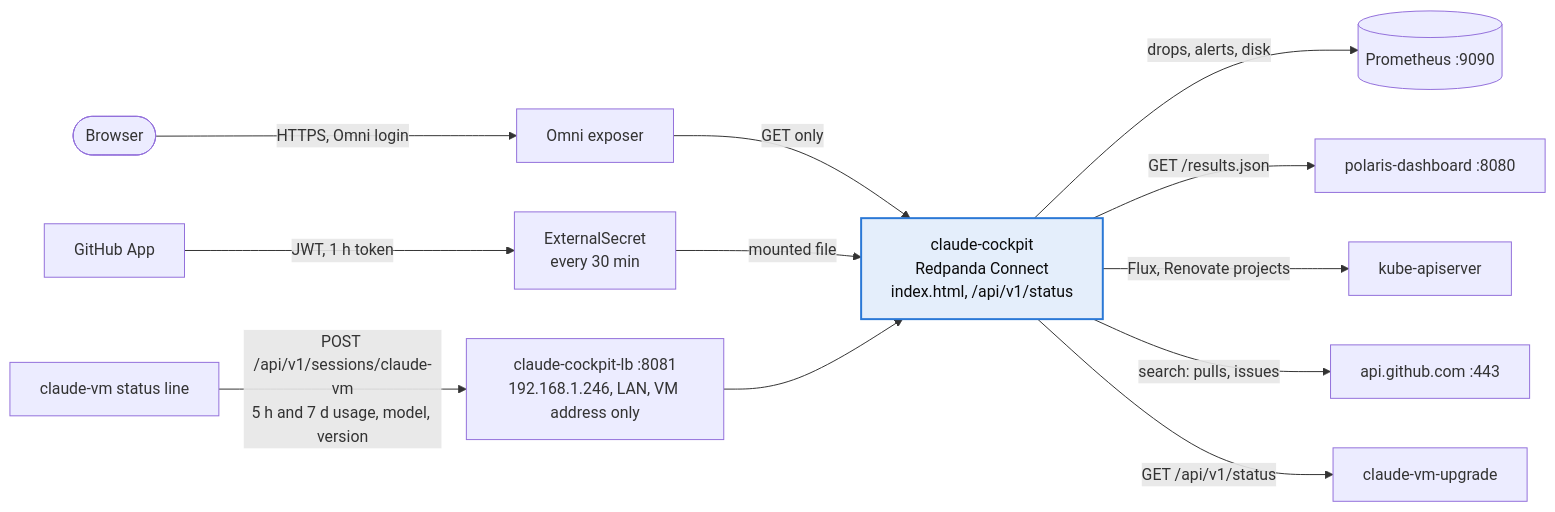
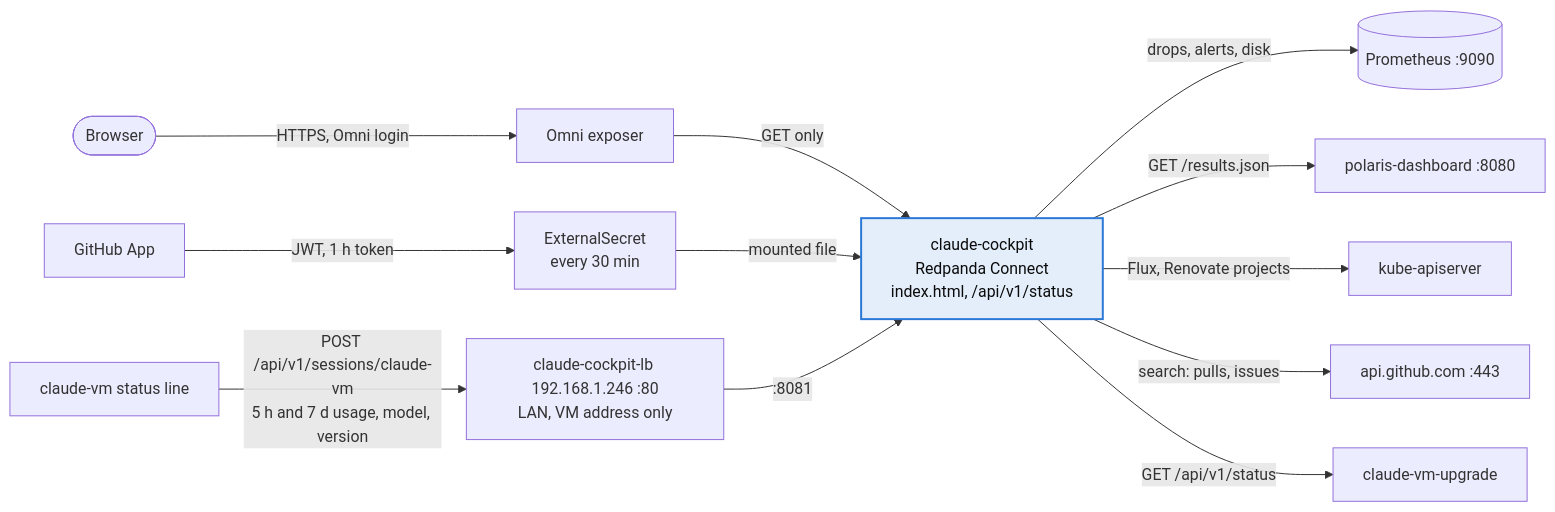
One commit to cthtrifork/talos-gitops changed the third of 3 diagrams in k8s/apps/claude-system/README.md. Above: the diagram before and after it, drawn with Mermaid.

Commit message:
docs(claude-system): show the load balancer port in the cockpit diagram

````diff
--- a/k8s/apps/claude-system/README.md
+++ b/k8s/apps/claude-system/README.md
@@ -361,20 +361,20 @@
 ```mermaid
 flowchart LR
   you([Browser]) -->|HTTPS, Omni login| omni[Omni exposer]
   omni -->|GET only| cockpit["claude-cockpit<br/>Redpanda Connect<br/>index.html, /api/v1/status"]
 
   cockpit -->|"drops, alerts, disk"| prom[(Prometheus :9090)]
   cockpit -->|"GET /results.json"| polaris[polaris-dashboard :8080]
   cockpit -->|"Flux, Renovate projects"| api[kube-apiserver]
   cockpit -->|"search: pulls, issues"| gh[api.github.com :443]
 
   app[GitHub App] -->|"JWT, 1 h token"| es[ExternalSecret<br/>every 30 min]
   es -->|"mounted file"| cockpit
 
   cockpit -->|"GET /api/v1/status"| vmup[claude-vm-upgrade]
-  vm[claude-vm status line] -->|"POST /api/v1/sessions/claude-vm<br/>5 h and 7 d usage, model, version"| lb["claude-cockpit-lb :8081<br/>192.168.1.246, LAN, VM address only"]
-  lb --> cockpit
+  vm[claude-vm status line] -->|"POST /api/v1/sessions/claude-vm<br/>5 h and 7 d usage, model, version"| lb["claude-cockpit-lb 192.168.1.246 :80<br/>LAN, VM address only"]
+  lb -->|":8081"| cockpit
 
   classDef new fill:#e4eefb,stroke:#2a78d6,stroke-width:2px,color:#0b0b0b
   class cockpit new
 ```
````
